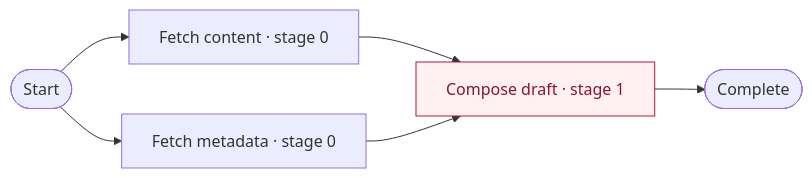
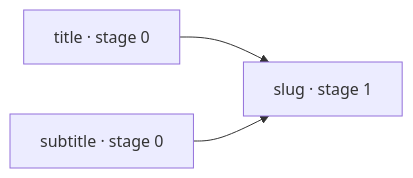
One commit to brunocfalcao/scarlett changed the second of 2 diagrams in README.md. Above: the diagram before and after it, drawn with Mermaid. The commit also changed other lines of this file and 2 other files, not shown here.

````diff
--- a/README.md
+++ b/README.md
@@ -228,10 +159,5 @@
 ```mermaid
 flowchart LR
-    Start(["Start"]) --> Content["Fetch content · stage 0"]
-    Start --> Metadata["Fetch metadata · stage 0"]
-    Content --> Compose["Compose draft · stage 1"]
-    Metadata --> Compose
-    Compose --> Finish(["Complete"])
-    classDef accent fill:#fff1f2,stroke:#be123c,color:#881337
-    class Compose accent
+    Title["title · stage 0"] --> Slug["slug · stage 1"]
+    Subtitle["subtitle · stage 0"] --> Slug
 ```
````
